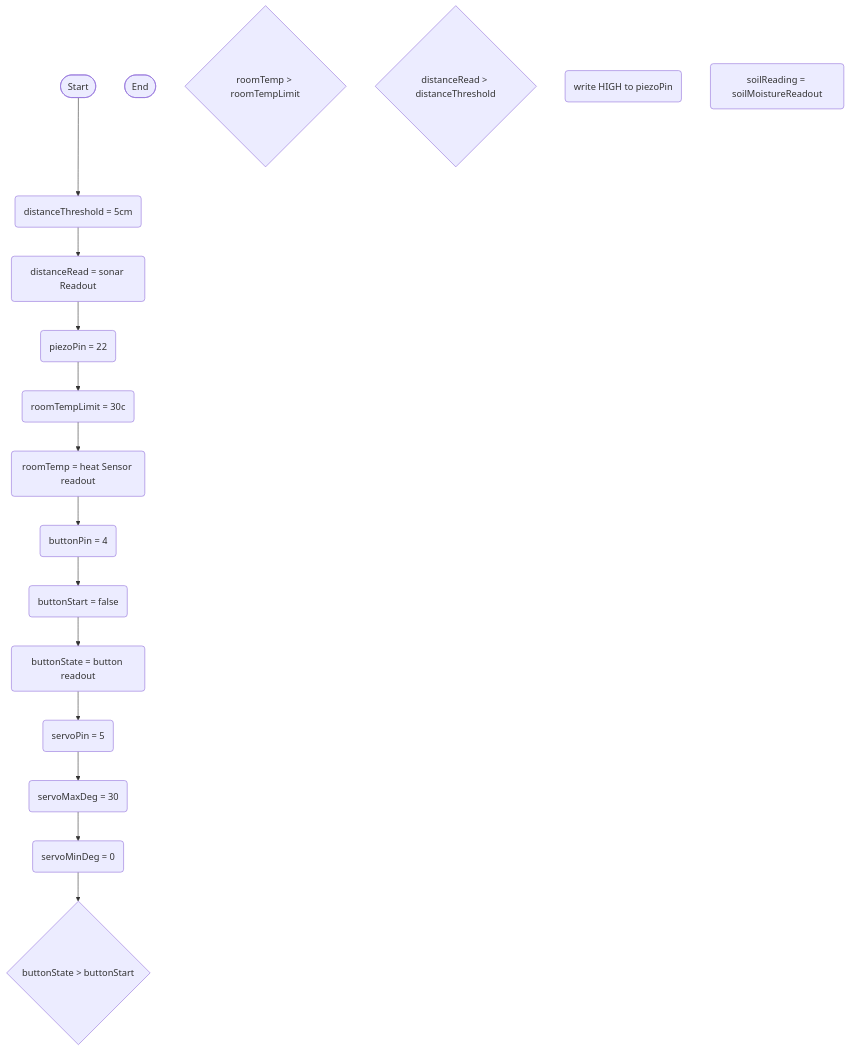
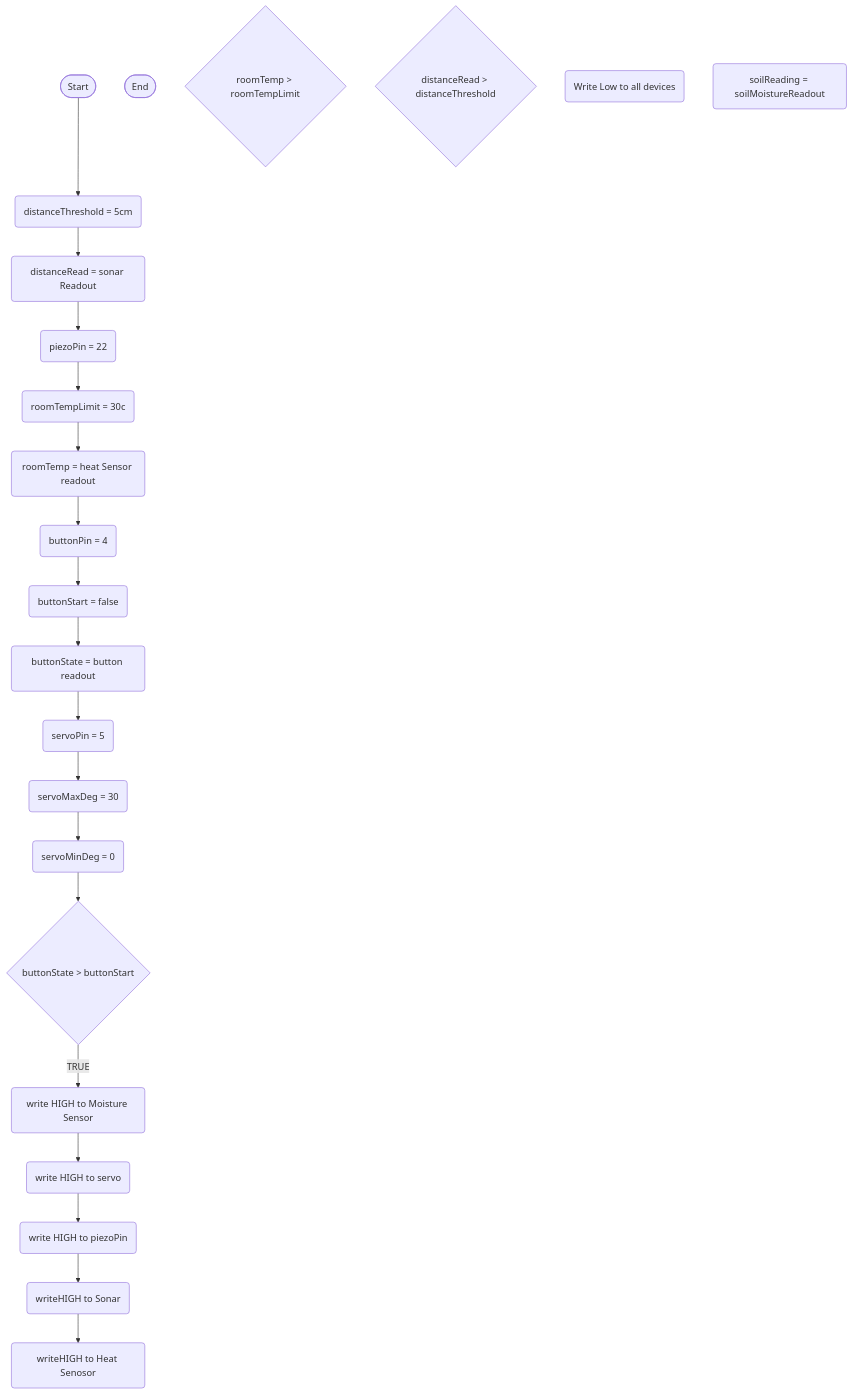
The diagram in logic.md (GodlyBlueDog/Automatic-GreenHouse-Person-Detection), drawn with Mermaid before and after one commit.

````diff
--- a/logic.md
+++ b/logic.md
@@ -4,52 +4,62 @@
 ```mermaid
 flowchart TD
 terminalStart([Start])
 terminalEnd([End])
 
 %% Tempurture 
 currentRoomTempReading(roomTemp = heat Sensor readout)
 roomTempLimit(roomTempLimit = 30c)
 ifTempGreaterThanLimit{roomTemp > roomTempLimit}
+activateHeatSensor(writeHIGH to Heat Senosor)
 
 
 %% distance
 thresholdSet(distanceThreshold = 5cm)
 currentDistanceReading(distanceRead = sonar Readout)
 ifDistanceLessThanThreshold{distanceRead > distanceThreshold}
+activateSonar(writeHIGH to Sonar)
 
 %% peizo 
 setPiezoPin(piezoPin = 22)
 activatePiezo(write HIGH to piezoPin)
 
 %% button
 buttonStart(buttonStart = false)
 setButtonPin(buttonPin = 4)
 currentButtonReading( buttonState = button readout)
 isButtonPressed{buttonState > buttonStart}
+disableAll(Write Low to all devices)
 
 
 %% servo
 servoPin(servoPin = 5)
 servoMaxDeg(servoMaxDeg = 30)
 servoMinDeg(servoMinDeg = 0)
+activateServo(write HIGH to servo)
 
 %% soil moisture 
 soilMoistureSensor(soilReading = soilMoistureReadout)
-
+activateMoistureSensor(write HIGH to Moisture Sensor)
 
 
 terminalStart --> thresholdSet
 thresholdSet --> currentDistanceReading
 currentDistanceReading --> setPiezoPin
 setPiezoPin --> roomTempLimit
 roomTempLimit--> currentRoomTempReading
 currentRoomTempReading--> setButtonPin
 setButtonPin --> buttonStart
 buttonStart --> currentButtonReading
 currentButtonReading --> servoPin
 servoPin --> servoMaxDeg
 servoMaxDeg --> servoMinDeg
 servoMinDeg --> isButtonPressed
+isButtonPressed --> |TRUE| activateMoistureSensor  
+activateMoistureSensor  --> activateServo
+activateServo --> activatePiezo
+activatePiezo --> activateSonar
+activateSonar --> activateHeatSensor
+
 
 
 ```
````
